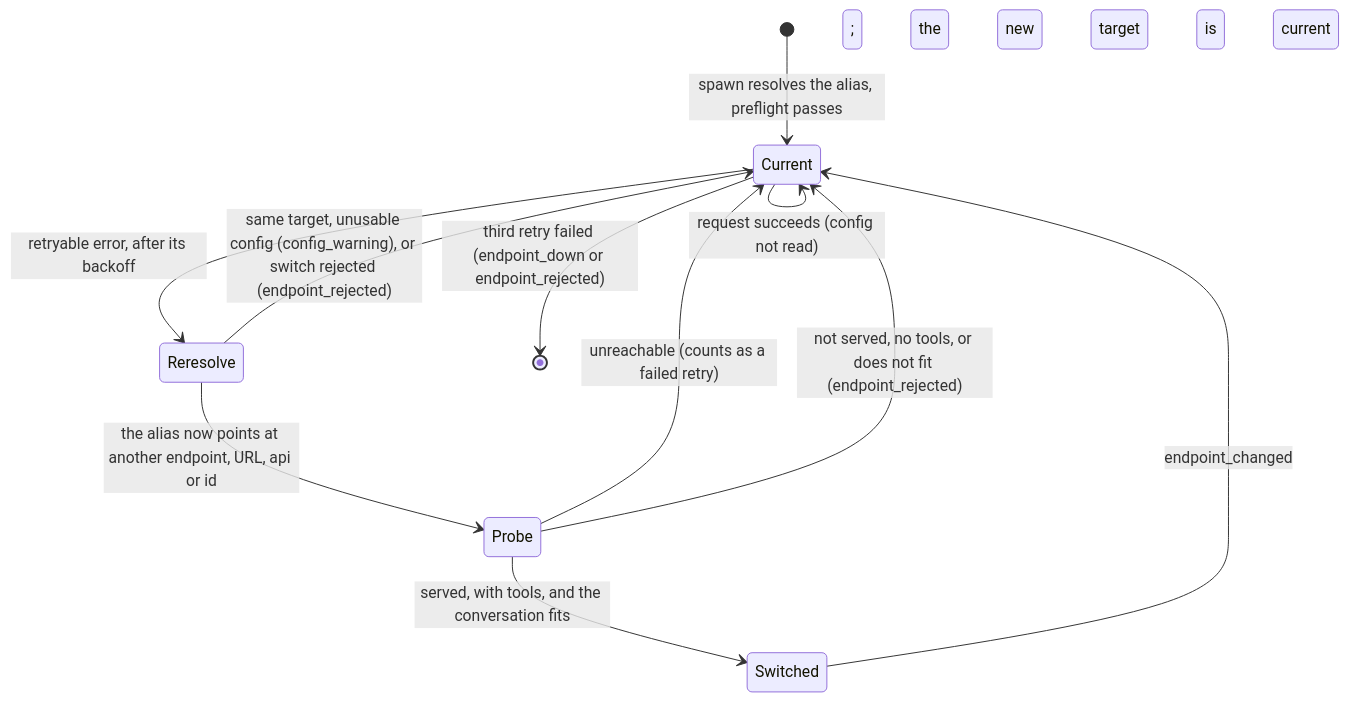
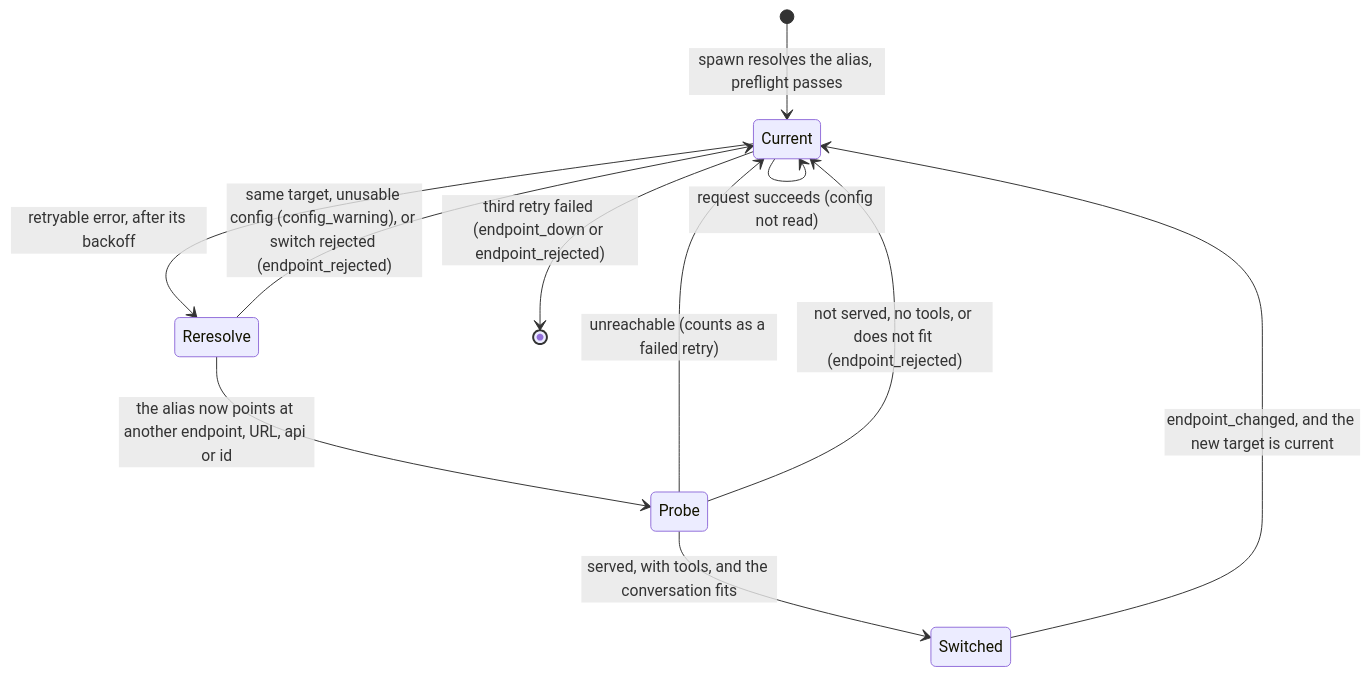
The first of 4 diagrams in docs/design/ollama-agent/README.md (bobcob7/workspaces), drawn with Mermaid before and after one commit. The commit also changed 2 other files, not shown here.

Commit message:
docs: fix stale wording and mermaid separators after the endpoint change

````diff
--- a/docs/design/ollama-agent/README.md
+++ b/docs/design/ollama-agent/README.md
@@ -115,13 +115,13 @@
 ```mermaid
 stateDiagram-v2
     [*] --> Current : spawn resolves the alias, preflight passes
     Current --> Current : request succeeds (config not read)
     Current --> Reresolve : retryable error, after its backoff
     Reresolve --> Current : same target, unusable config (config_warning), or switch rejected (endpoint_rejected)
     Reresolve --> Probe : the alias now points at another endpoint, URL, api or id
     Probe --> Switched : served, with tools, and the conversation fits
     Probe --> Current : unreachable (counts as a failed retry)
     Probe --> Current : not served, no tools, or does not fit (endpoint_rejected)
-    Switched --> Current : endpoint_changed; the new target is current
+    Switched --> Current : endpoint_changed, and the new target is current
     Current --> [*] : third retry failed (endpoint_down or endpoint_rejected)
 ```
````
